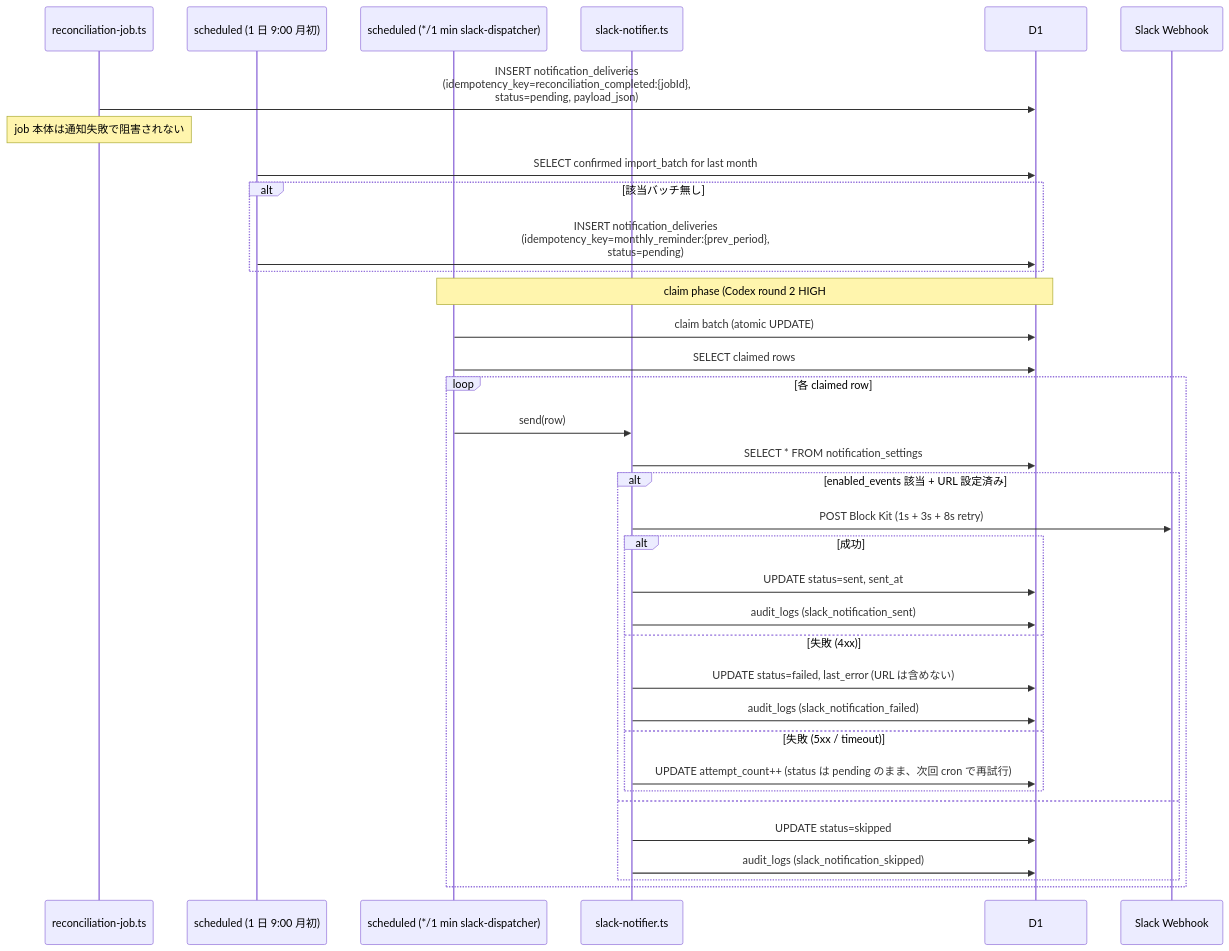
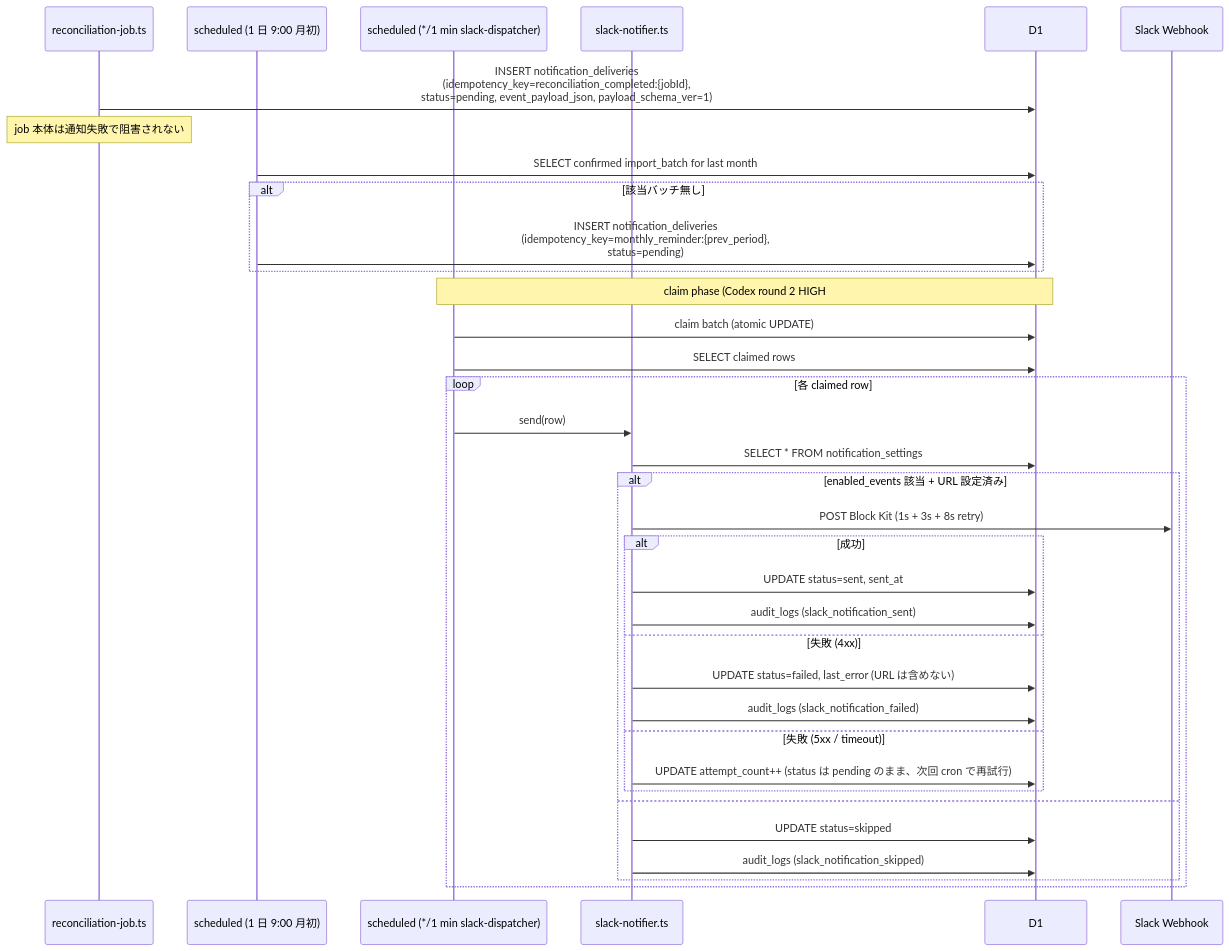
One commit to saku1024/steelo-invoice changed the third of 4 diagrams in .kiro/specs/phase3-intelligence/design.md. Above: the diagram before and after it, drawn with Mermaid. The commit also changed other lines of this file and 3 other files, not shown here.

````diff
--- a/.kiro/specs/phase3-intelligence/design.md
+++ b/.kiro/specs/phase3-intelligence/design.md
@@ -220,40 +222,40 @@
 ```mermaid
 sequenceDiagram
     participant Job as reconciliation-job.ts
     participant Cron1 as scheduled (1 日 9:00 月初)
     participant Cron2 as scheduled (*/1 min slack-dispatcher)
     participant Notif as slack-notifier.ts
     participant DB as D1
     participant SK as Slack Webhook
 
-    Job->>DB: INSERT notification_deliveries<br/>(idempotency_key=reconciliation_completed:{jobId},<br/> status=pending, payload_json)
+    Job->>DB: INSERT notification_deliveries<br/>(idempotency_key=reconciliation_completed:{jobId},<br/> status=pending, event_payload_json, payload_schema_ver=1)
     Note over Job: job 本体は通知失敗で阻害されない
 
     Cron1->>DB: SELECT confirmed import_batch for last month
     alt 該当バッチ無し
         Cron1->>DB: INSERT notification_deliveries<br/>(idempotency_key=monthly_reminder:{prev_period},<br/> status=pending)
     end
 
     Note over Cron2,DB: claim phase (Codex round 2 HIGH #2 反映):<br/>UPDATE notification_deliveries SET status='processing', claimed_at=now, claimed_by=runId<br/>WHERE id IN (SELECT id FROM ... WHERE status='pending' AND (next_retry_at IS NULL OR next_retry_at <= now) LIMIT 10)
     Cron2->>DB: claim batch (atomic UPDATE)
     Cron2->>DB: SELECT claimed rows
     loop 各 claimed row
         Cron2->>Notif: send(row)
         Notif->>DB: SELECT * FROM notification_settings
         alt enabled_events 該当 + URL 設定済み
             Notif->>SK: POST Block Kit (1s + 3s + 8s retry)
             alt 成功
                 Notif->>DB: UPDATE status=sent, sent_at
                 Notif->>DB: audit_logs (slack_notification_sent)
             else 失敗 (4xx)
                 Notif->>DB: UPDATE status=failed, last_error (URL は含めない)
                 Notif->>DB: audit_logs (slack_notification_failed)
             else 失敗 (5xx / timeout)
                 Notif->>DB: UPDATE attempt_count++ (status は pending のまま、次回 cron で再試行)
             end
         else
             Notif->>DB: UPDATE status=skipped
             Notif->>DB: audit_logs (slack_notification_skipped)
         end
     end
 ```
````
